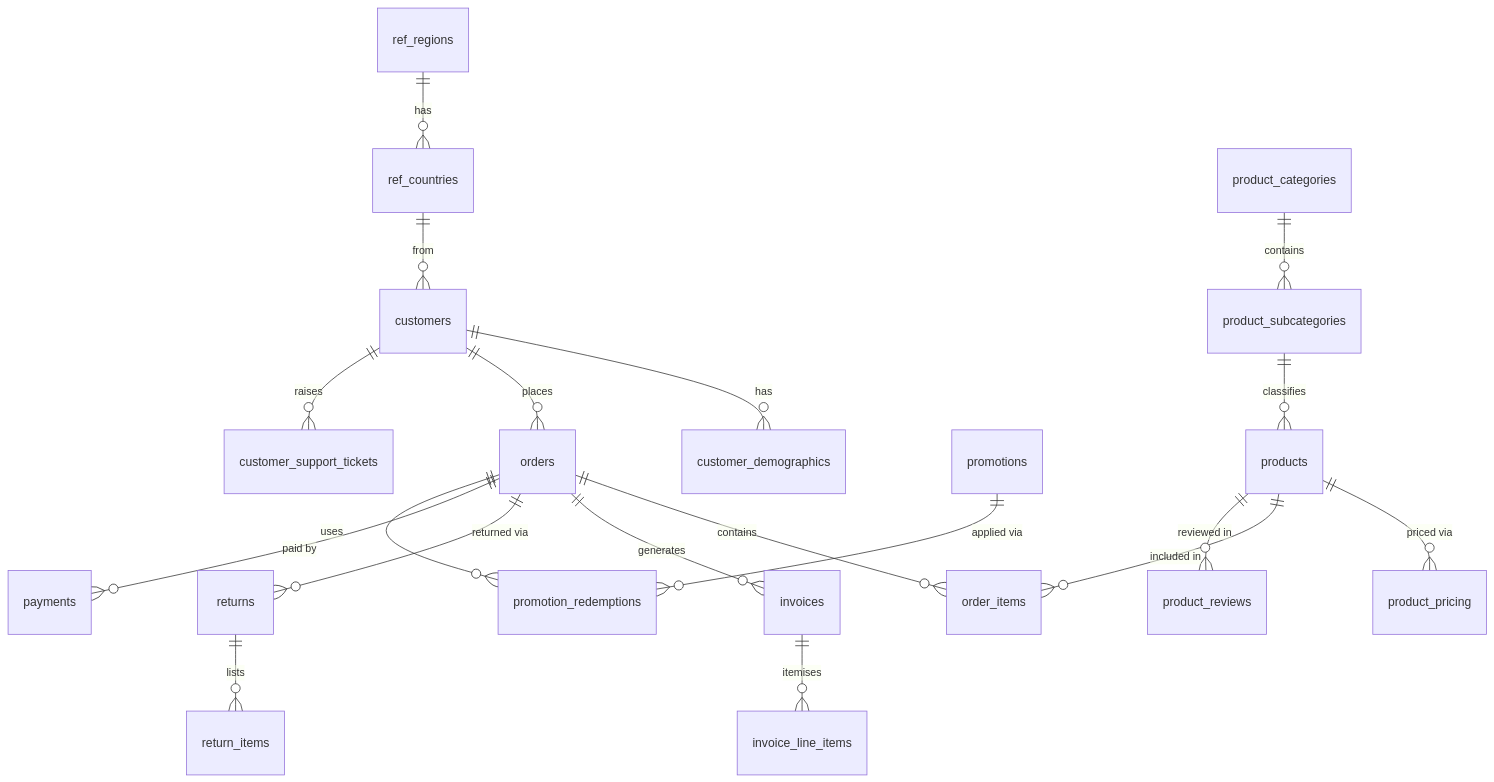
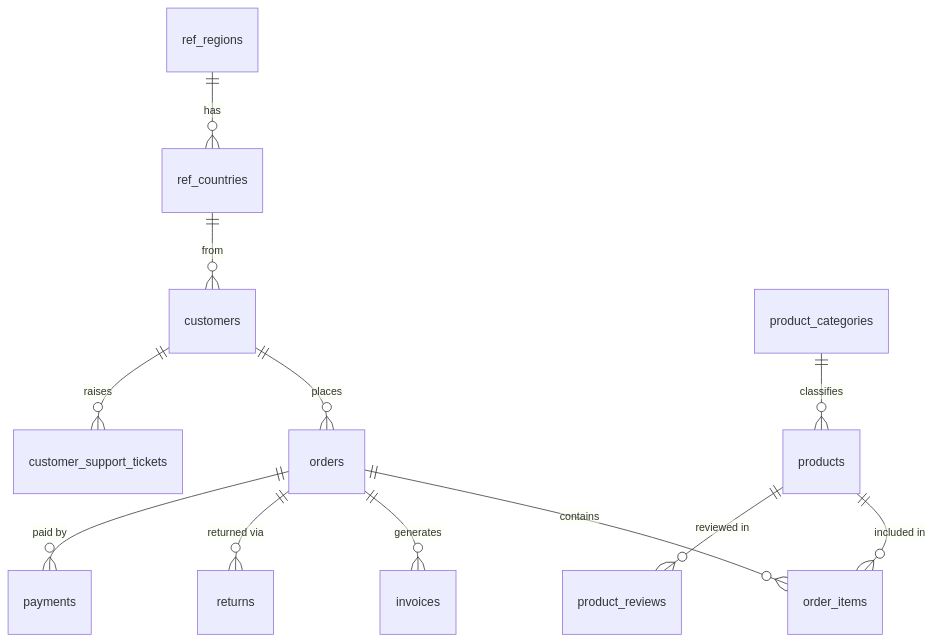
Before and after one commit to gurpreetseth-db/DQ_UC_Ontology: the third of 3 diagrams in README.md, drawn with Mermaid. The commit also changed other lines of this file, not shown here.

````diff
--- a/README.md
+++ b/README.md
@@ -150,21 +83,14 @@
 ```mermaid
 erDiagram
-    ref_regions ||--o{ ref_countries : "has"
-    ref_countries ||--o{ customers : "from"
-    product_categories ||--o{ product_subcategories : "contains"
-    product_subcategories ||--o{ products : "classifies"
-    products ||--o{ product_pricing : "priced via"
-    customers ||--o{ customer_demographics : "has"
-    customers ||--o{ orders : "places"
-    orders ||--o{ order_items : "contains"
+    ref_regions ||--o{ ref_countries : has
+    ref_countries ||--o{ customers : from
+    product_categories ||--o{ products : classifies
+    customers ||--o{ orders : places
+    orders ||--o{ order_items : contains
     products ||--o{ order_items : "included in"
-    orders ||--o{ invoices : "generates"
-    invoices ||--o{ invoice_line_items : "itemises"
+    orders ||--o{ invoices : generates
     orders ||--o{ returns : "returned via"
-    returns ||--o{ return_items : "lists"
     orders ||--o{ payments : "paid by"
-    orders ||--o{ promotion_redemptions : "uses"
-    promotions ||--o{ promotion_redemptions : "applied via"
     products ||--o{ product_reviews : "reviewed in"
-    customers ||--o{ customer_support_tickets : "raises"
+    customers ||--o{ customer_support_tickets : raises
 ```
````
